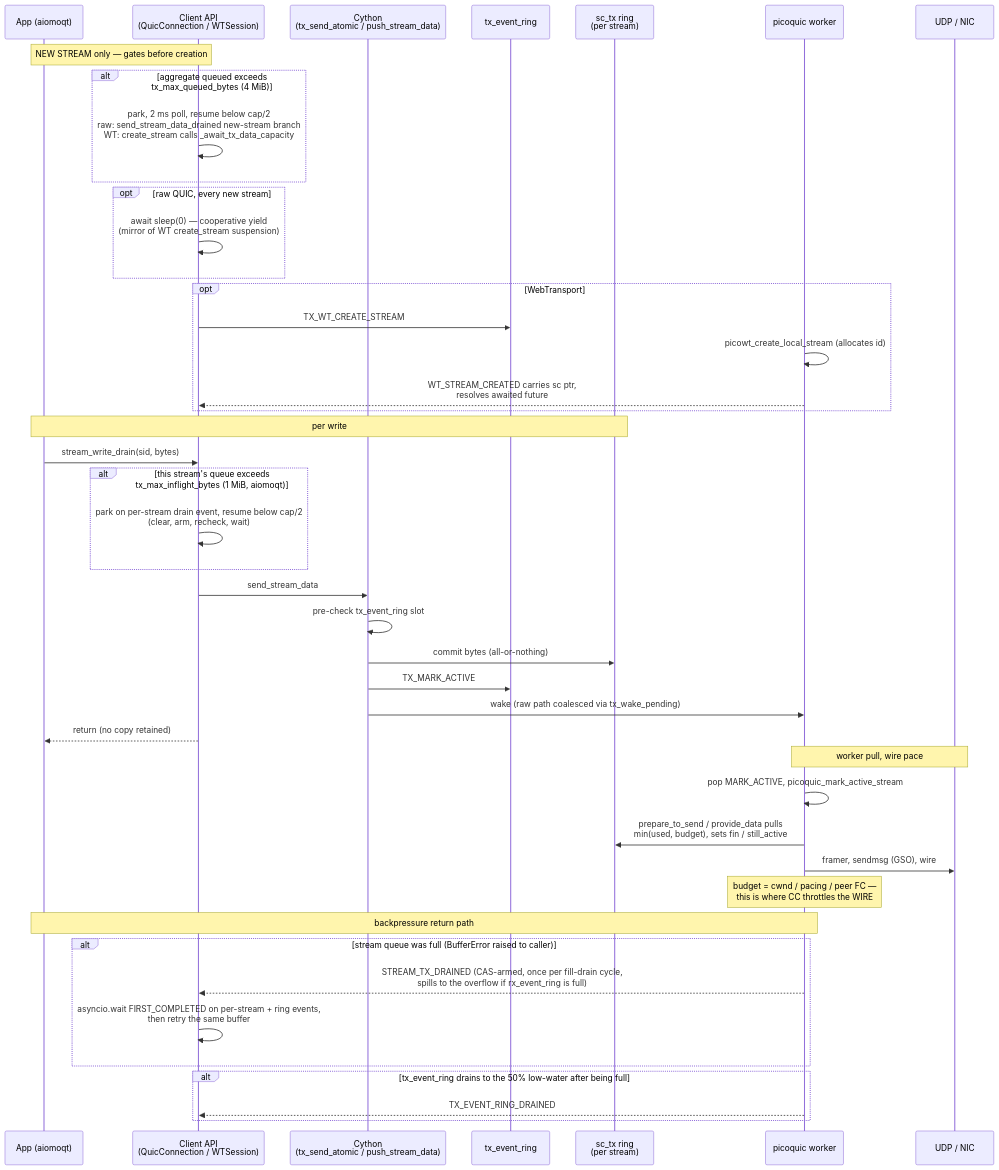
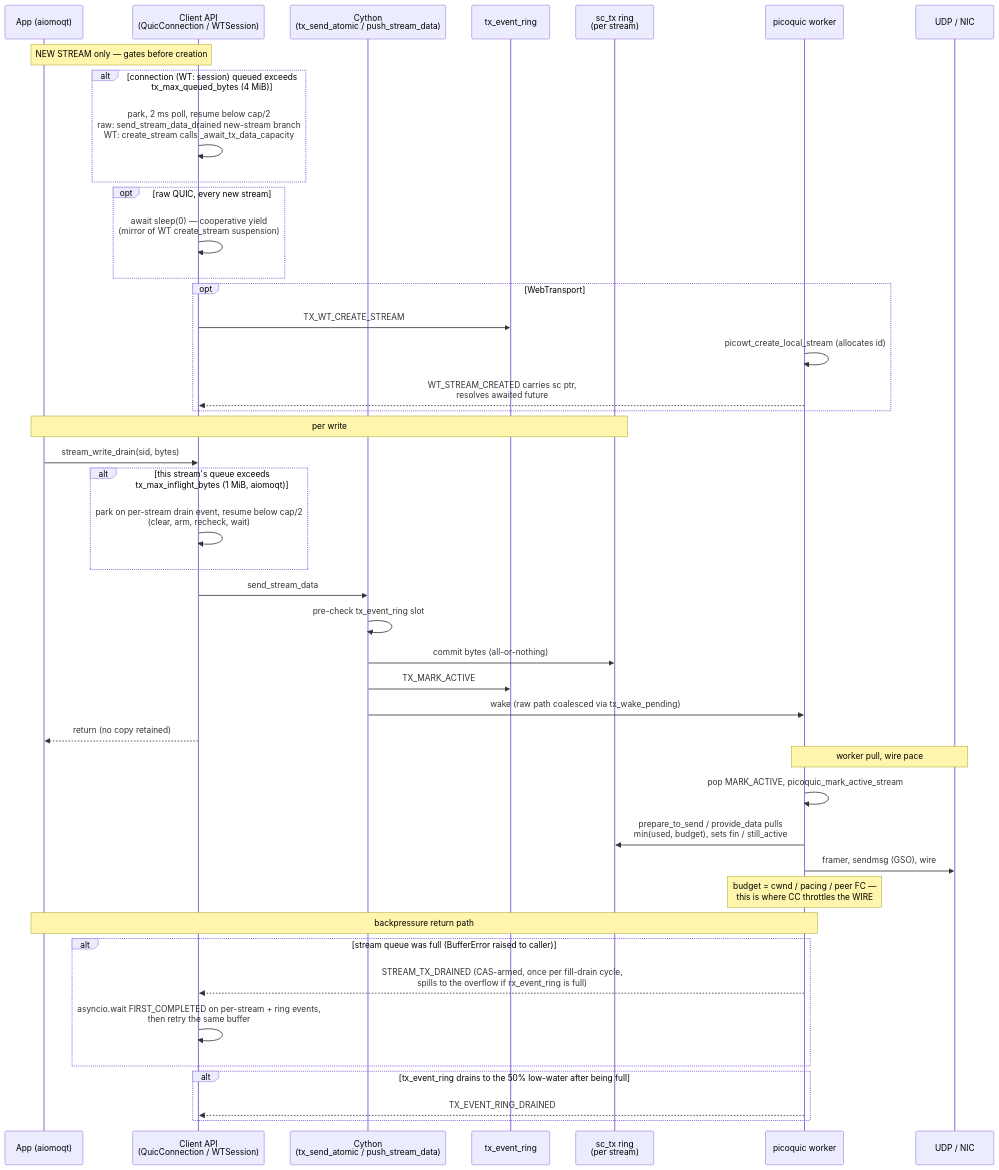
The first of 2 diagrams in DATAFLOW.md (gmarzot/aiopquic), drawn with Mermaid before and after one commit. The commit also changed other lines of this file and 5 other files, not shown here.

First line of the commit message:
quic: gate new streams on the connection's own queued bytes

````diff
--- a/DATAFLOW.md
+++ b/DATAFLOW.md
@@ -43,50 +43,50 @@
 ```mermaid
 sequenceDiagram
     participant App as App (aiomoqt)
     participant API as Client API<br/>(QuicConnection / WTSession)
     participant CY as Cython<br/>(tx_send_atomic / push_stream_data)
     participant TXR as tx_event_ring
     participant SCTX as sc_tx ring<br/>(per stream)
     participant WK as picoquic worker
     participant NIC as UDP / NIC
 
     Note over App,API: NEW STREAM only — gates before creation
-    alt aggregate queued exceeds tx_max_queued_bytes (4 MiB)
+    alt connection (WT: session) queued exceeds tx_max_queued_bytes (4 MiB)
         API->>API: park, 2 ms poll, resume below cap/2<br/>raw: send_stream_data_drained new-stream branch<br/>WT: create_stream calls _await_tx_data_capacity
     end
     opt raw QUIC, every new stream
         API->>API: await sleep(0) — cooperative yield<br/>(mirror of WT create_stream suspension)
     end
     opt WebTransport
         API->>TXR: TX_WT_CREATE_STREAM
         WK->>WK: picowt_create_local_stream (allocates id)
         WK-->>API: WT_STREAM_CREATED carries sc ptr,<br/>resolves awaited future
     end
 
     Note over App,SCTX: per write
     App->>API: stream_write_drain(sid, bytes)
     alt this stream's queue exceeds tx_max_inflight_bytes (1 MiB, aiomoqt)
         API->>API: park on per-stream drain event, resume below cap/2<br/>(clear, arm, recheck, wait)
     end
     API->>CY: send_stream_data
     CY->>CY: pre-check tx_event_ring slot
     CY->>SCTX: commit bytes (all-or-nothing)
     CY->>TXR: TX_MARK_ACTIVE
     CY->>WK: wake (raw path coalesced via tx_wake_pending)
     API-->>App: return (no copy retained)
 
     Note over WK,NIC: worker pull, wire pace
     WK->>WK: pop MARK_ACTIVE, picoquic_mark_active_stream
     WK->>SCTX: prepare_to_send / provide_data pulls<br/>min(used, budget), sets fin / still_active
     WK->>NIC: framer, sendmsg (GSO), wire
     Note over WK: budget = cwnd / pacing / peer FC —<br/>this is where CC throttles the WIRE
 
     Note over WK,App: backpressure return path
     alt stream queue was full (BufferError raised to caller)
         WK-->>API: STREAM_TX_DRAINED (CAS-armed, once per fill-drain cycle,<br/>spills to the overflow if rx_event_ring is full)
         API->>API: asyncio.wait FIRST_COMPLETED on per-stream + ring events,<br/>then retry the same buffer
     end
     alt tx_event_ring drains to the 50% low-water after being full
         WK-->>API: TX_EVENT_RING_DRAINED
     end
 ```
````
